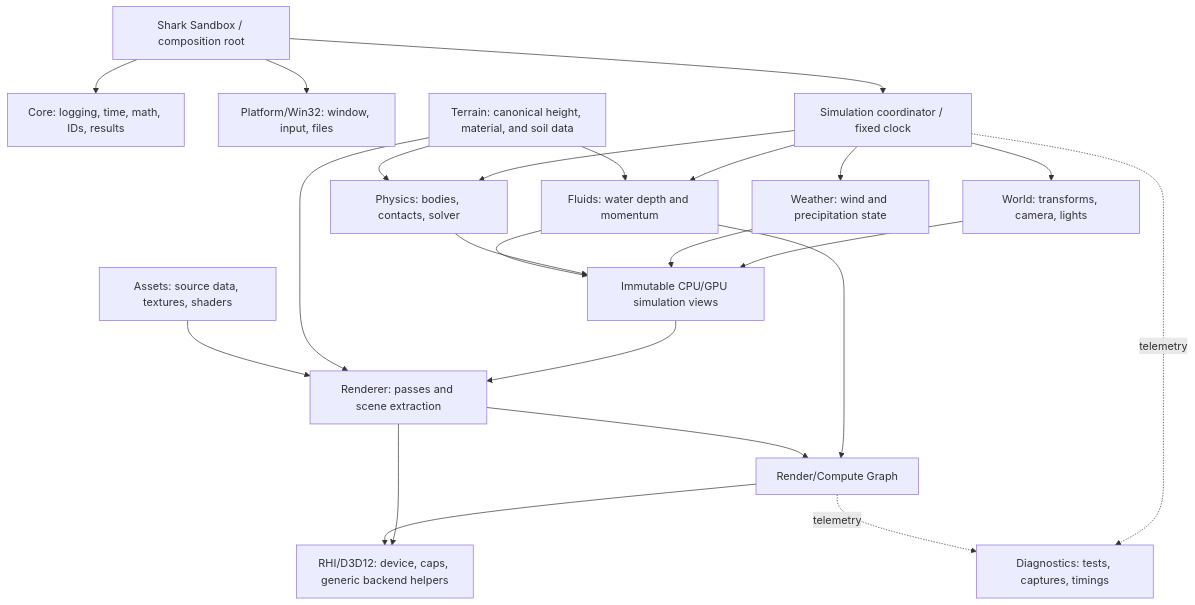
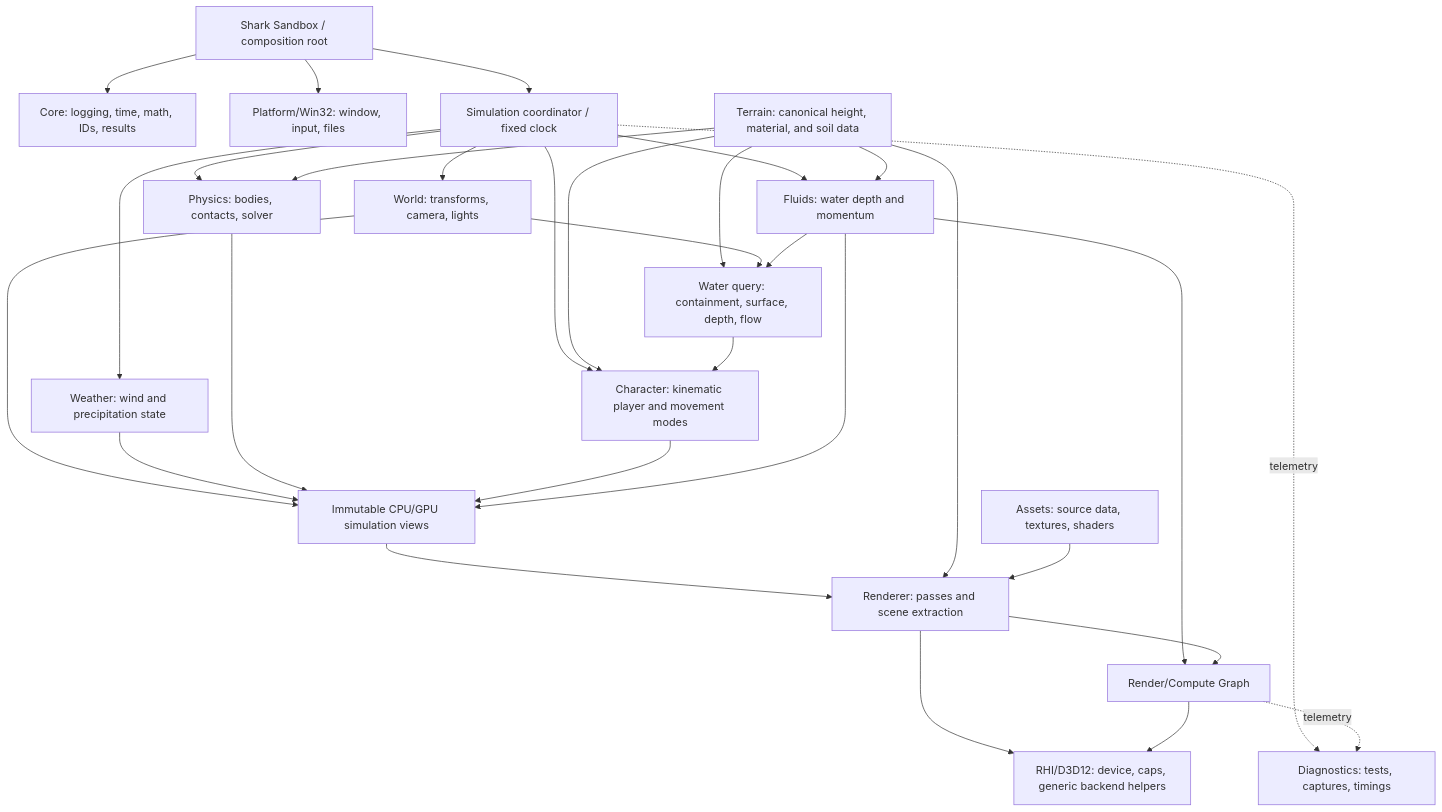
The diagram in docs/ENGINE_PLAN.md (markdawes08/shark), drawn with Mermaid before and after one commit. The commit also changed other lines of this file and 27 other files, not shown here.

````diff
--- a/docs/ENGINE_PLAN.md
+++ b/docs/ENGINE_PLAN.md
@@ -238,41 +228,50 @@
 ```mermaid
 flowchart TD
     App[Shark Sandbox / composition root]
     Core[Core: logging, time, math, IDs, results]
     Platform[Platform/Win32: window, input, files]
     Simulation[Simulation coordinator / fixed clock]
     World[World: transforms, camera, lights]
     Snapshot[Immutable CPU/GPU simulation views]
     Assets[Assets: source data, textures, shaders]
     Terrain[Terrain: canonical height, material, and soil data]
+    Water[Water query: containment, surface, depth, flow]
     Weather[Weather: wind and precipitation state]
     Physics[Physics: bodies, contacts, solver]
+    Character[Character: kinematic player and movement modes]
     Fluids[Fluids: water depth and momentum]
     Renderer[Renderer: passes and scene extraction]
     Graph[Render/Compute Graph]
     RHI[RHI/D3D12: device, caps, generic backend helpers]
     Diagnostics[Diagnostics: tests, captures, timings]
 
     App --> Core
     App --> Platform
     App --> Simulation
     Simulation --> World
     Simulation --> Weather
     Simulation --> Physics
+    Simulation --> Character
     Simulation --> Fluids
     Terrain --> Physics
+    Terrain --> Character
+    Terrain --> Water
     Terrain --> Fluids
+    World --> Water
+    Fluids --> Water
+    Water --> Character
     World --> Snapshot
     Weather --> Snapshot
     Physics --> Snapshot
+    Character --> Snapshot
     Fluids --> Snapshot
     Snapshot --> Renderer
     Terrain --> Renderer
     Fluids --> Graph
     Renderer --> Graph
     Renderer --> RHI
     Graph --> RHI
     Assets --> Renderer
     Simulation -. telemetry .-> Diagnostics
     Graph -. telemetry .-> Diagnostics
 ```
````
